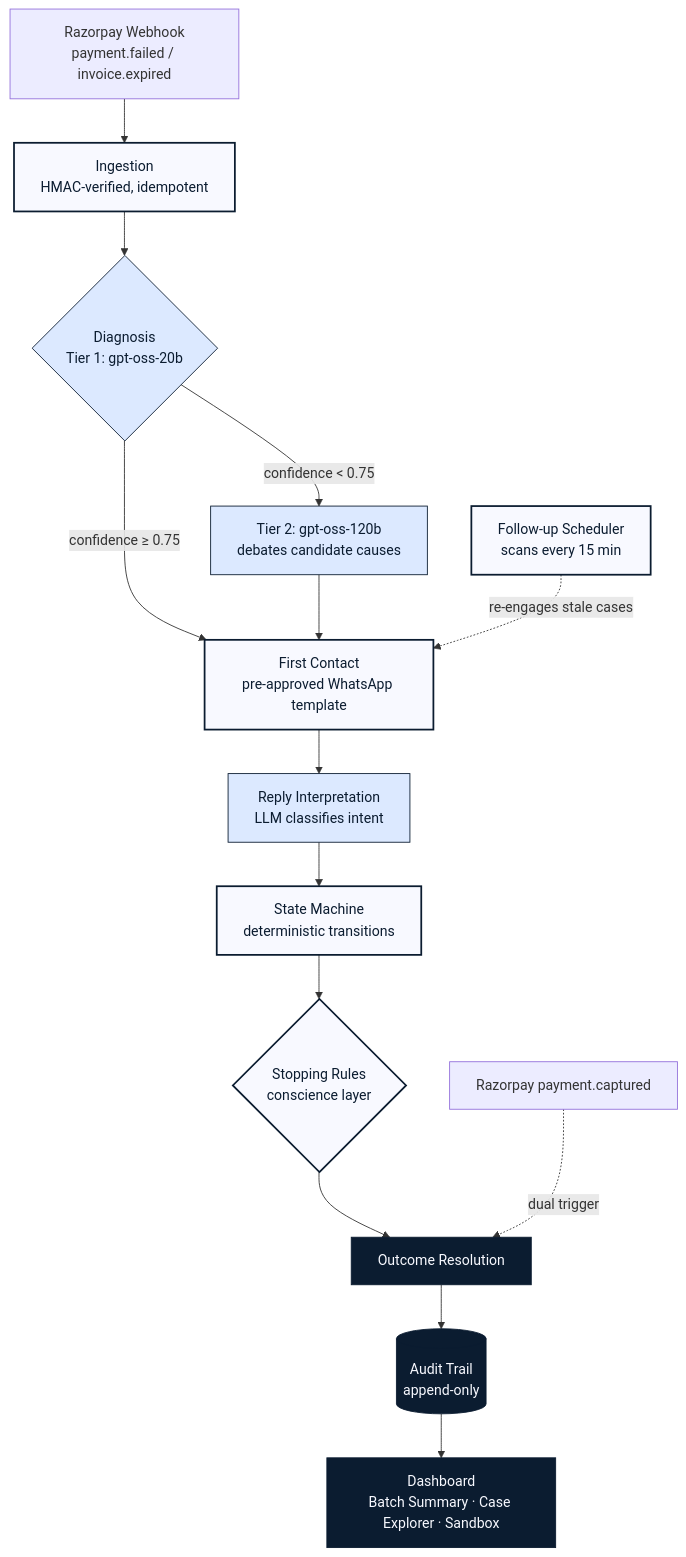
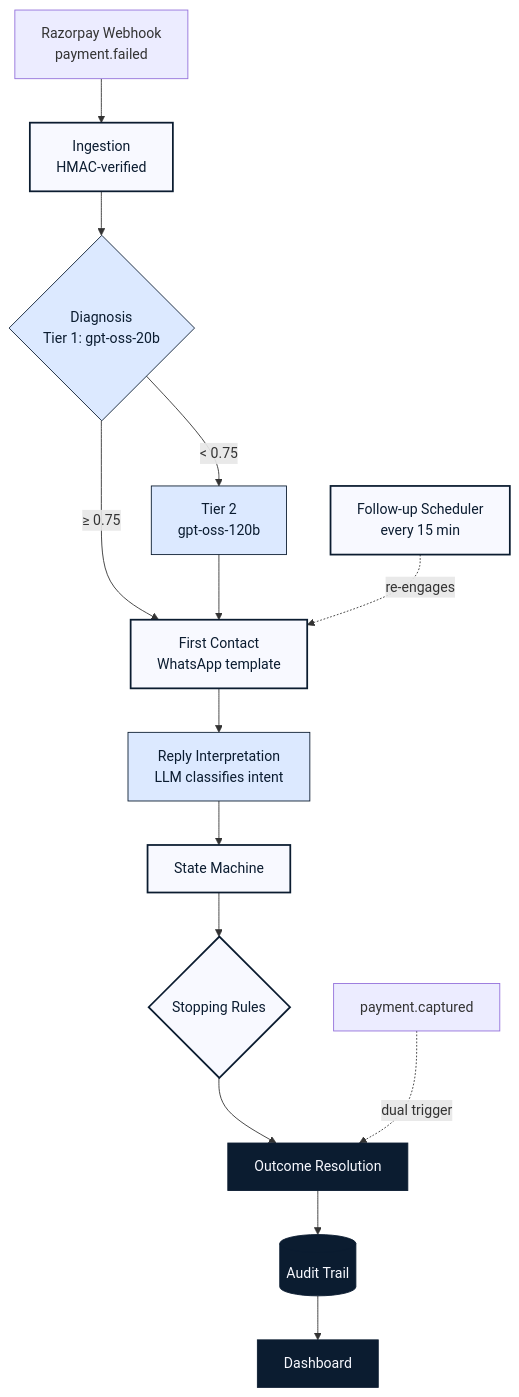
The diagram in README.md (OFF-rtk/RevenueRecoveryAgent), drawn with Mermaid before and after one commit.

Commit message:
fix: shorten Mermaid node labels to stop GitHub's renderer clipping text

````diff
--- a/README.md
+++ b/README.md
@@ -40,24 +40,24 @@
 ```mermaid
 flowchart TD
-    A["Razorpay Webhook<br/>payment.failed / invoice.expired"] --> B["Ingestion<br/>HMAC-verified, idempotent"]
+    A["Razorpay Webhook<br/>payment.failed"] --> B["Ingestion<br/>HMAC-verified"]
     B --> C{"Diagnosis<br/>Tier 1: gpt-oss-20b"}
-    C -->|"confidence ≥ 0.75"| D["First Contact<br/>pre-approved WhatsApp template"]
-    C -->|"confidence &lt; 0.75"| C2["Tier 2: gpt-oss-120b<br/>debates candidate causes"]
+    C -->|"≥ 0.75"| D["First Contact<br/>WhatsApp template"]
+    C -->|"&lt; 0.75"| C2["Tier 2<br/>gpt-oss-120b"]
     C2 --> D
     D --> E["Reply Interpretation<br/>LLM classifies intent"]
-    E --> F["State Machine<br/>deterministic transitions"]
-    F --> G{"Stopping Rules<br/>conscience layer"}
+    E --> F["State Machine"]
+    F --> G{"Stopping Rules"}
     G --> H["Outcome Resolution"]
-    P["Razorpay payment.captured"] -.->|"dual trigger"| H
-    H --> J[("Audit Trail<br/>append-only")]
-    J --> K["Dashboard<br/>Batch Summary · Case Explorer · Sandbox"]
-    L["Follow-up Scheduler<br/>scans every 15 min"] -.->|"re-engages stale cases"| D
+    P["payment.captured"] -.->|"dual trigger"| H
+    H --> J[("Audit Trail")]
+    J --> K["Dashboard"]
+    L["Follow-up Scheduler<br/>every 15 min"] -.->|"re-engages"| D
 
     classDef llm fill:#DCE9FF,stroke:#0B1C30,color:#0B1C30
     classDef deterministic fill:#F8F9FF,stroke:#0B1C30,color:#0B1C30,stroke-width:2px
     classDef terminal fill:#0B1C30,stroke:#0B1C30,color:#F8F9FF
 
     class C,C2,E llm
     class B,D,F,G,L deterministic
     class H,J,K terminal
 ```
````
